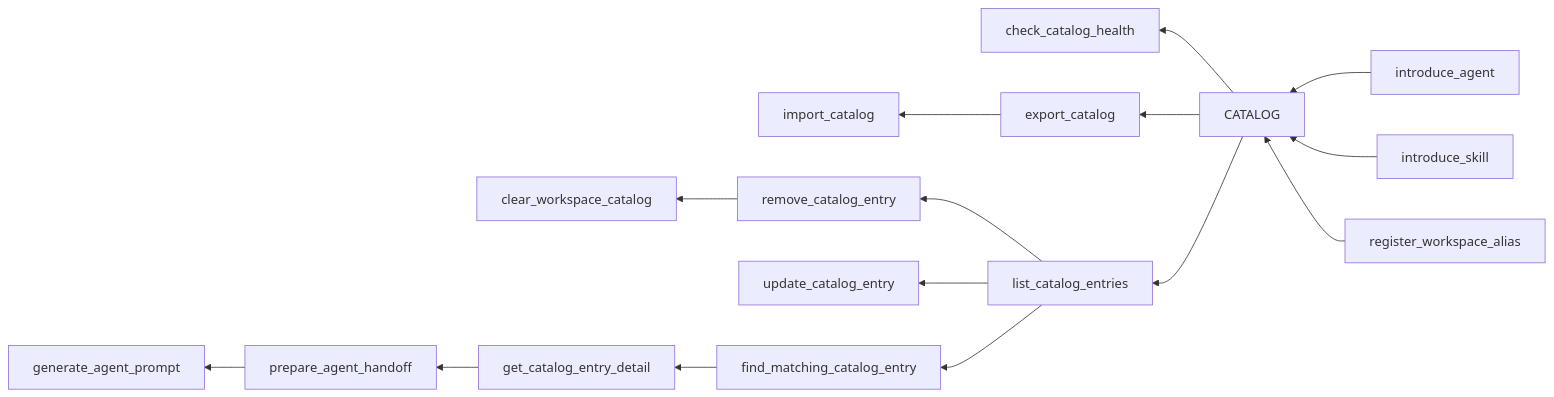
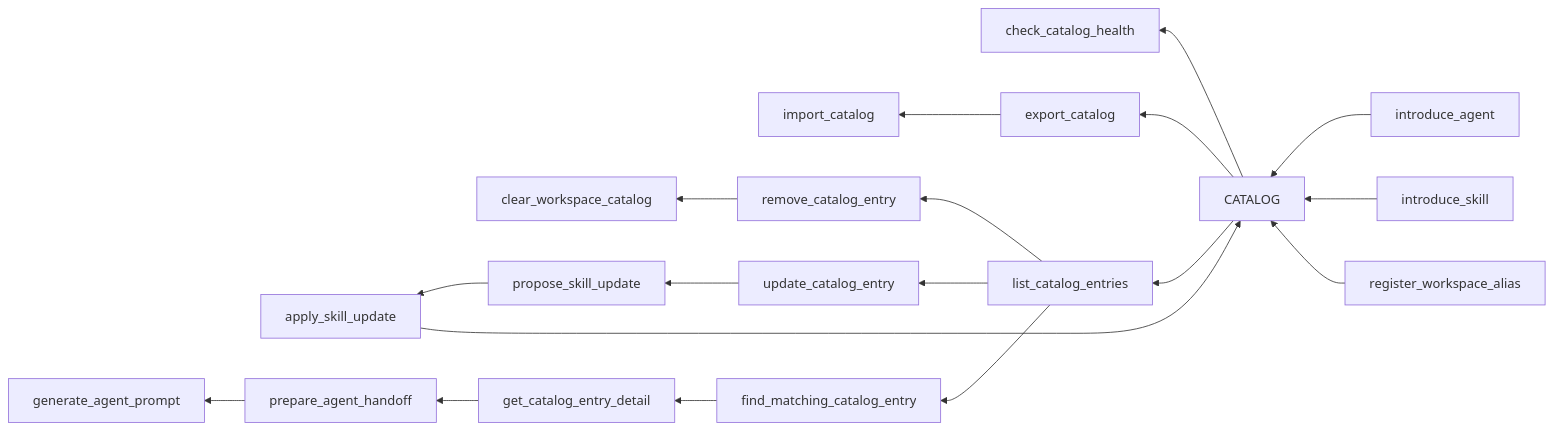
The diagram in README.md (okanaslan/lor-mcp), drawn with Mermaid before and after one commit. The commit also changed 15 other files, not shown here.

First line of the commit message:
feat(catalog): add skill update proposals

````diff
--- a/README.md
+++ b/README.md
@@ -30,20 +30,23 @@
 ```mermaid
 flowchart RL
   catalog["CATALOG"]
 
   introduceAgent["introduce_agent"] --> catalog
   introduceSkill["introduce_skill"] --> catalog
   registerAlias["register_workspace_alias"] --> catalog
   catalog --> checkHealth["check_catalog_health"]
   catalog --> exportCatalog["export_catalog"]
   exportCatalog --> importCatalog["import_catalog"]
   catalog --> listEntries["list_catalog_entries"]
 
   listEntries --> removeEntry["remove_catalog_entry"]
   removeEntry --> clearCatalog["clear_workspace_catalog"]
   listEntries --> updateEntry["update_catalog_entry"]
+  updateEntry --> proposeSkillUpdate["propose_skill_update"]
+  proposeSkillUpdate --> applySkillUpdate["apply_skill_update"]
+  applySkillUpdate --> catalog
   listEntries --> findMatch["find_matching_catalog_entry"]
   findMatch --> detail["get_catalog_entry_detail"]
   detail --> handoff["prepare_agent_handoff"]
   handoff --> generatePrompt["generate_agent_prompt"]
 ```
````
